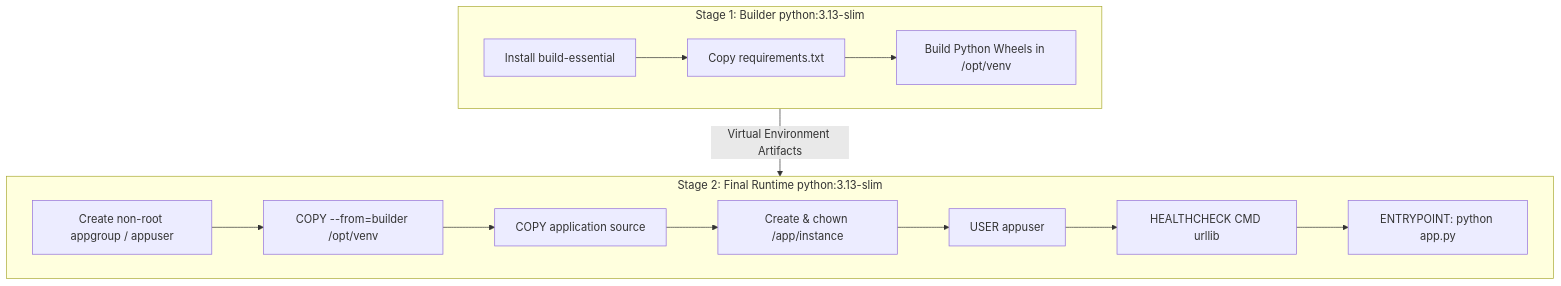
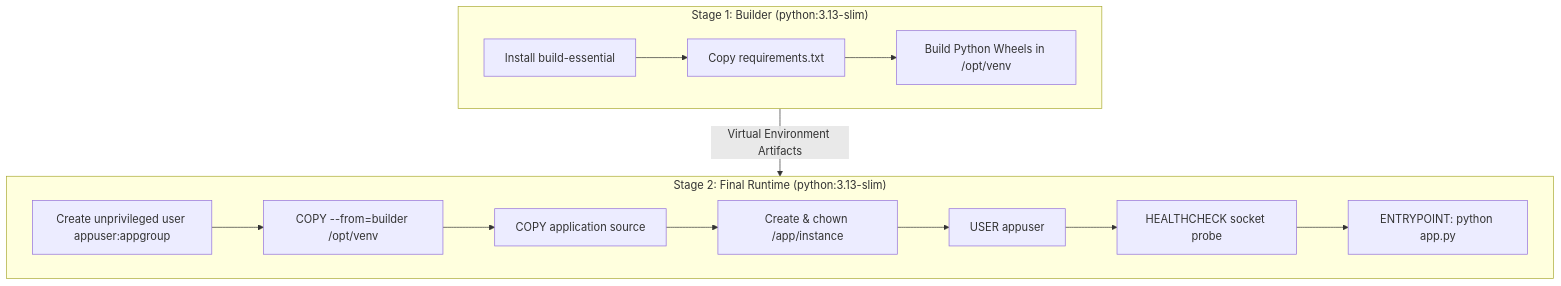
The third of 4 diagrams in README.md (Priya-Ranjan-0201/BrainCheck), drawn with Mermaid before and after one commit. The commit also changed other lines of this file, not shown here.

Commit message:
docs(readme): enhance GitHub presentation with badges, diagrams, highlight boxes, and quick navigation

````diff
--- a/README.md
+++ b/README.md
@@ -434,18 +438,18 @@
 ```mermaid
 flowchart TD
-    subgraph Stage1 [Stage 1: Builder python:3.13-slim]
+    subgraph Stage1 ["Stage 1: Builder (python:3.13-slim)"]
         A1[Install build-essential] --> B1[Copy requirements.txt]
         B1 --> C1[Build Python Wheels in /opt/venv]
     end
 
-    subgraph Stage2 [Stage 2: Final Runtime python:3.13-slim]
-        A2[Create non-root appgroup / appuser] --> B2[COPY --from=builder /opt/venv]
+    subgraph Stage2 ["Stage 2: Final Runtime (python:3.13-slim)"]
+        A2[Create unprivileged user appuser:appgroup] --> B2["COPY --from=builder /opt/venv"]
         B2 --> C2[COPY application source]
         C2 --> D2[Create & chown /app/instance]
         D2 --> E2[USER appuser]
-        E2 --> F2[HEALTHCHECK CMD urllib]
+        E2 --> F2[HEALTHCHECK socket probe]
         F2 --> G2[ENTRYPOINT: python app.py]
     end
 
     Stage1 -->|Virtual Environment Artifacts| Stage2
 ```
````
